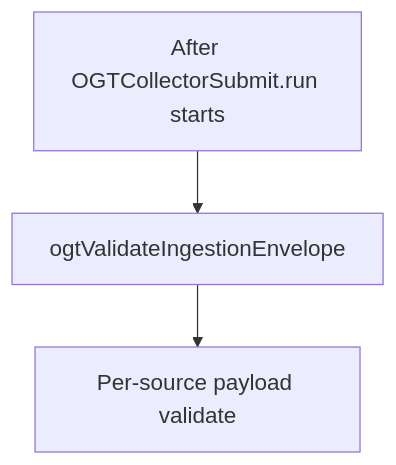
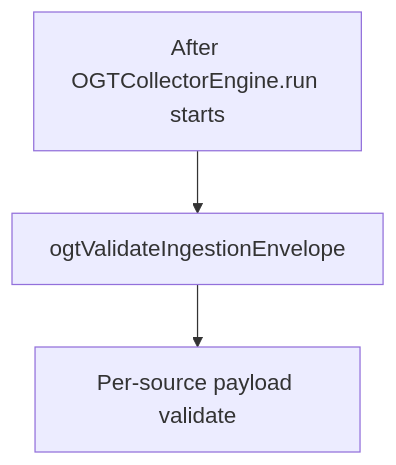
Before and after one commit to peterlandis/OpenGlucoseTelemetry: the fourth of 7 diagrams in runtimes/swift/ARCHITECTURE.md, drawn with Mermaid. The commit also changed other lines of this file and 64 other files, not shown here.

````diff
--- a/runtimes/swift/ARCHITECTURE.md
+++ b/runtimes/swift/ARCHITECTURE.md
@@ -96,9 +107,9 @@
 ```mermaid
 %%{init: {'themeVariables': {'fontSize': '18px'}}}%%
 flowchart TB
-  R[After OGTCollectorSubmit.run starts]
+  R[After OGTCollectorEngine.run starts]
   V1[ogtValidateIngestionEnvelope]
   V2[Per-source payload validate]
   R --> V1
   V1 --> V2
 ```
````
